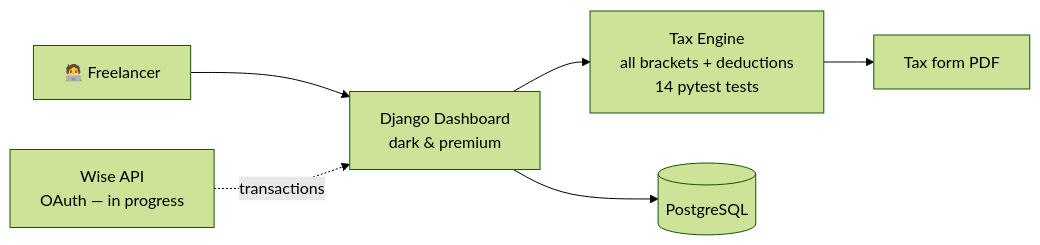
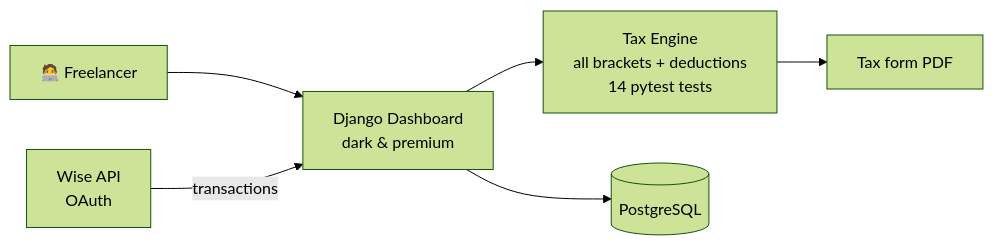
One commit to willgouveiaa/willgouveiaa changed the fourth of 11 diagrams in README.md. Above: the diagram before and after it, drawn with Mermaid (forest theme). The commit also changed other lines of this file, not shown here.

````diff
--- a/README.md
+++ b/README.md
@@ -134,8 +134,8 @@
 ```mermaid
 flowchart LR
     U["🧑‍💻 Freelancer"] --> DASH["Django Dashboard<br/>dark & premium"]
-    W["Wise API<br/>OAuth — in progress"] -.->|transactions| DASH
+    W["Wise API<br/>OAuth"] -->|transactions| DASH
     DASH --> TAX["Tax Engine<br/>all brackets + deductions<br/>14 pytest tests"]
     TAX --> PDF["Tax form PDF"]
     DASH --> PG[(PostgreSQL)]
 ```
````
